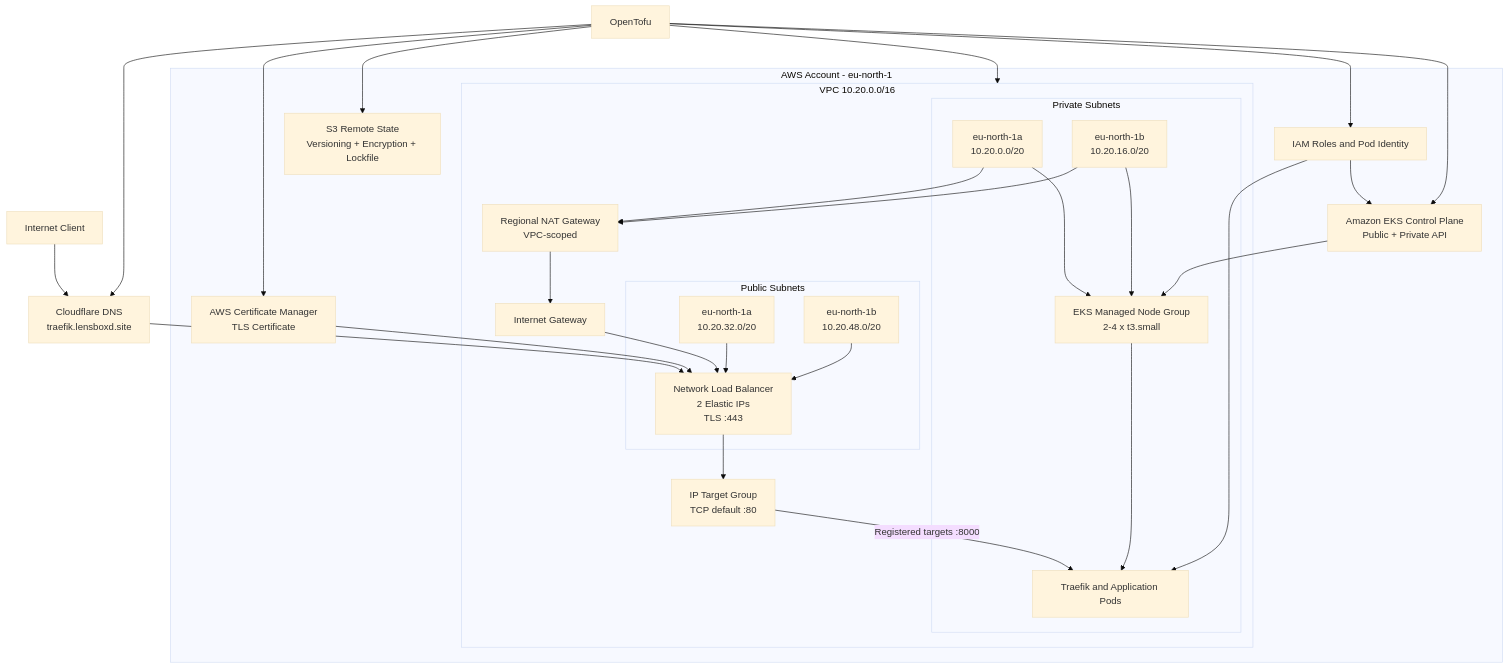
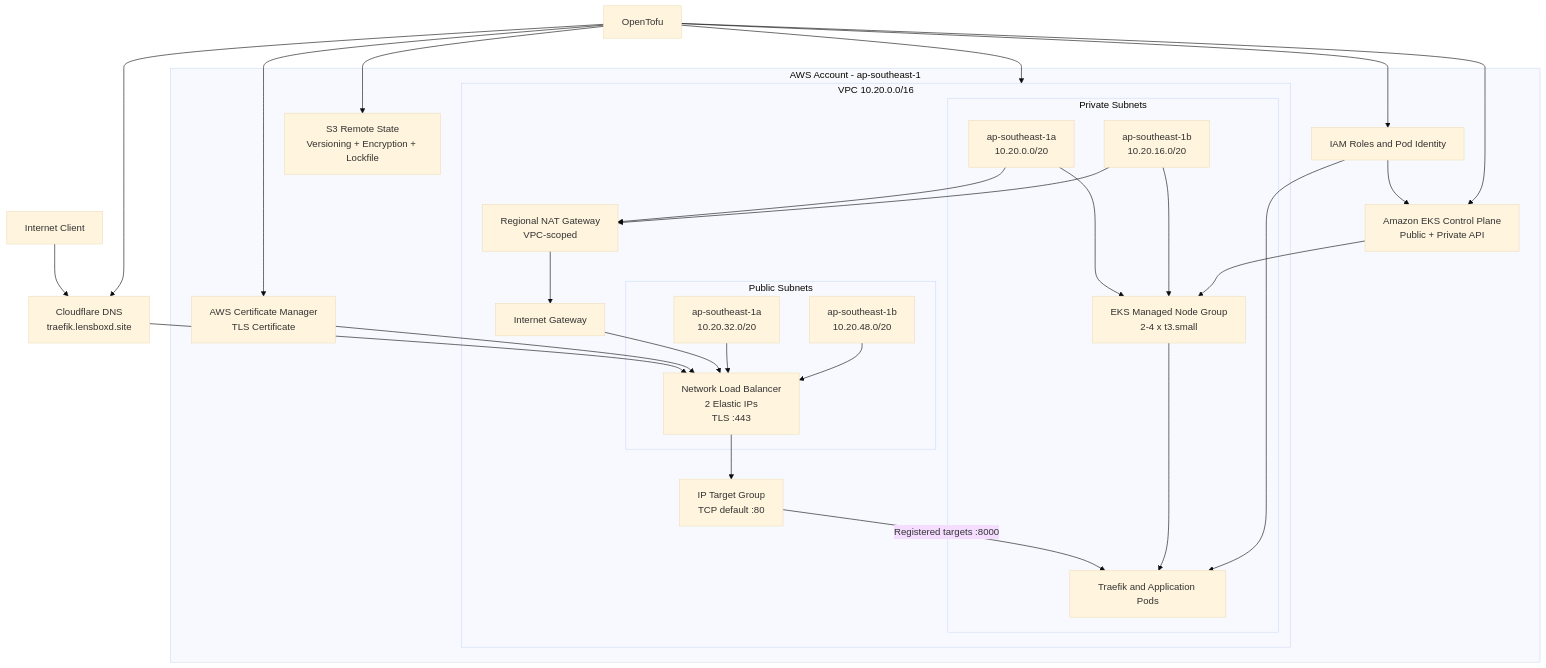
The first of 2 diagrams in aws_kube/provision/README.md (unedtamps/aws), drawn with Mermaid (base theme) before and after one commit. The commit also changed other lines of this file and 32 other files, not shown here.

````diff
--- a/aws_kube/provision/README.md
+++ b/aws_kube/provision/README.md
@@ -13,51 +13,51 @@
 ```mermaid
 flowchart TB
     client["Internet Client"] --> dns["Cloudflare DNS<br/>traefik.lensboxd.site"]
     dns --> nlb
 
-    subgraph aws["AWS Account - eu-north-1"]
+    subgraph aws["AWS Account - ap-southeast-1"]
         acm["AWS Certificate Manager<br/>TLS Certificate"] --> nlb
         state["S3 Remote State<br/>Versioning + Encryption + Lockfile"]
 
         subgraph vpc["VPC 10.20.0.0/16"]
             igw["Internet Gateway"] --> nlb
 
             subgraph public["Public Subnets"]
-                pubA["eu-north-1a<br/>10.20.32.0/20"]
-                pubB["eu-north-1b<br/>10.20.48.0/20"]
+                pubA["ap-southeast-1a<br/>10.20.32.0/20"]
+                pubB["ap-southeast-1b<br/>10.20.48.0/20"]
                 nlb["Network Load Balancer<br/>2 Elastic IPs<br/>TLS :443"]
             end
 
             nat["Regional NAT Gateway<br/>VPC-scoped"]
 
             subgraph private["Private Subnets"]
-                priA["eu-north-1a<br/>10.20.0.0/20"]
-                priB["eu-north-1b<br/>10.20.16.0/20"]
+                priA["ap-southeast-1a<br/>10.20.0.0/20"]
+                priB["ap-southeast-1b<br/>10.20.16.0/20"]
                 nodes["EKS Managed Node Group<br/>2-4 x t3.small"]
                 pods["Traefik and Application Pods"]
             end
 
             nlb --> tg["IP Target Group<br/>TCP default :80"]
             tg -->|"Registered targets :8000"| pods
             nodes --> pods
             priA --> nodes
             priB --> nodes
             priA --> nat
             priB --> nat
             nat --> igw
             pubA --> nlb
             pubB --> nlb
         end
 
         eks["Amazon EKS Control Plane<br/>Public + Private API"] --> nodes
         iam["IAM Roles and Pod Identity"] --> eks
         iam --> pods
     end
 
     tofu["OpenTofu"] --> state
     tofu --> vpc
     tofu --> eks
     tofu --> iam
     tofu --> acm
     tofu --> dns
 ```
````
